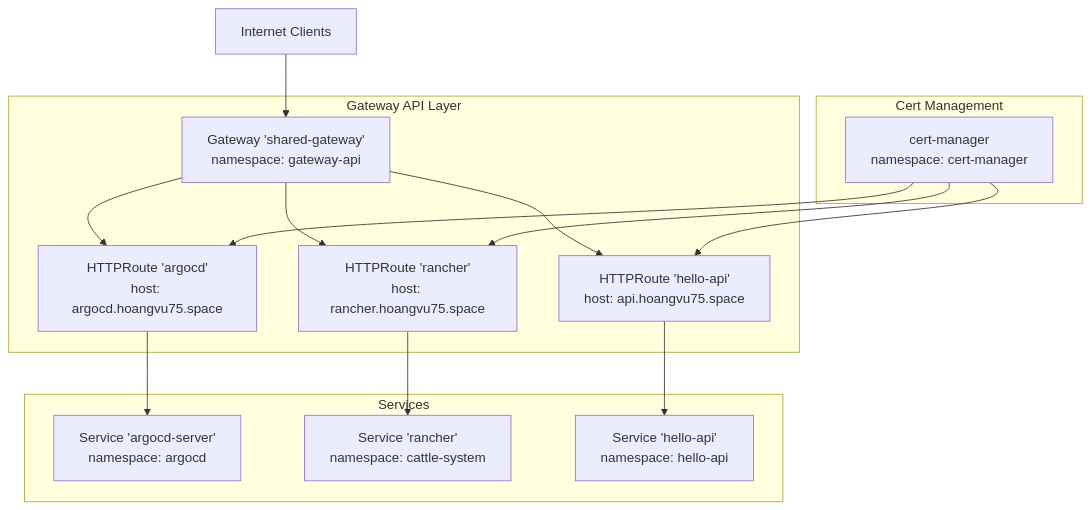
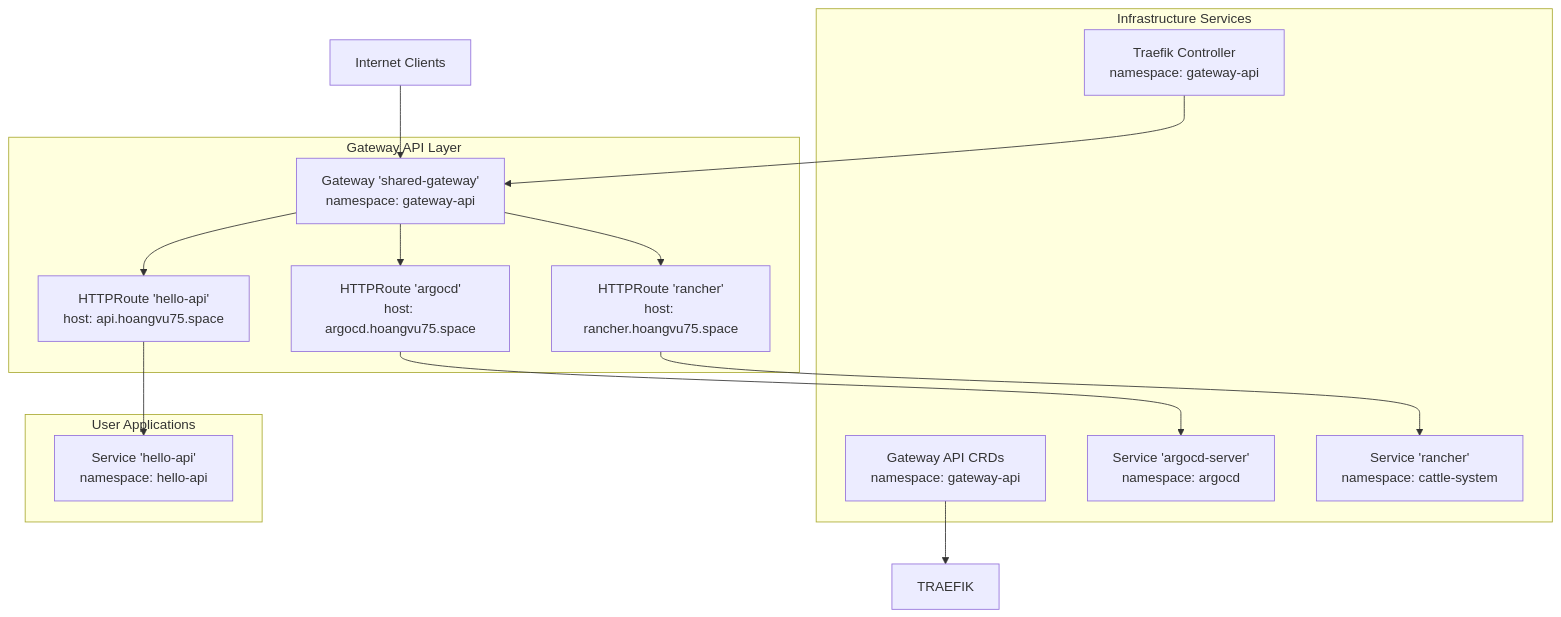
Before and after one commit to Hoangvu75/k8s_manifest: the second of 5 diagrams in .qoder/repowiki/en/content/Playground Applications/Playground Applications.md, drawn with Mermaid. The commit also changed other lines of this file and 24 other files, not shown here.

````diff
--- a/.qoder/repowiki/en/content/Playground Applications/Playground Applications.md
+++ b/.qoder/repowiki/en/content/Playground Applications/Playground Applications.md
@@ -97,28 +131,28 @@
 ```mermaid
 graph TB
 Internet["Internet Clients"]
 subgraph "Gateway API Layer"
 SharedGW["Gateway 'shared-gateway'<br/>namespace: gateway-api"]
 ARGOHR["HTTPRoute 'argocd'<br/>host: argocd.hoangvu75.space"]
 RANCHHR["HTTPRoute 'rancher'<br/>host: rancher.hoangvu75.space"]
 HELLOHR["HTTPRoute 'hello-api'<br/>host: api.hoangvu75.space"]
 end
-subgraph "Services"
+subgraph "Infrastructure Services"
+GATEWAYAPI["Gateway API CRDs<br/>namespace: gateway-api"]
+TRADEFIK["Traefik Controller<br/>namespace: gateway-api"]
 ARGO["Service 'argocd-server'<br/>namespace: argocd"]
 RANCH["Service 'rancher'<br/>namespace: cattle-system"]
+end
+subgraph "User Applications"
 HELLO["Service 'hello-api'<br/>namespace: hello-api"]
-end
-subgraph "Cert Management"
-CM["cert-manager<br/>namespace: cert-manager"]
 end
 Internet --> SharedGW
 SharedGW --> ARGOHR
 SharedGW --> RANCHHR
 SharedGW --> HELLOHR
 ARGOHR --> ARGO
 RANCHHR --> RANCH
 HELLOHR --> HELLO
-CM --> ARGOHR
-CM --> RANCHHR
-CM --> HELLOHR
+GATEWAYAPI --> TRAEFIK
+TRADEFIK --> SharedGW
 ```
````
